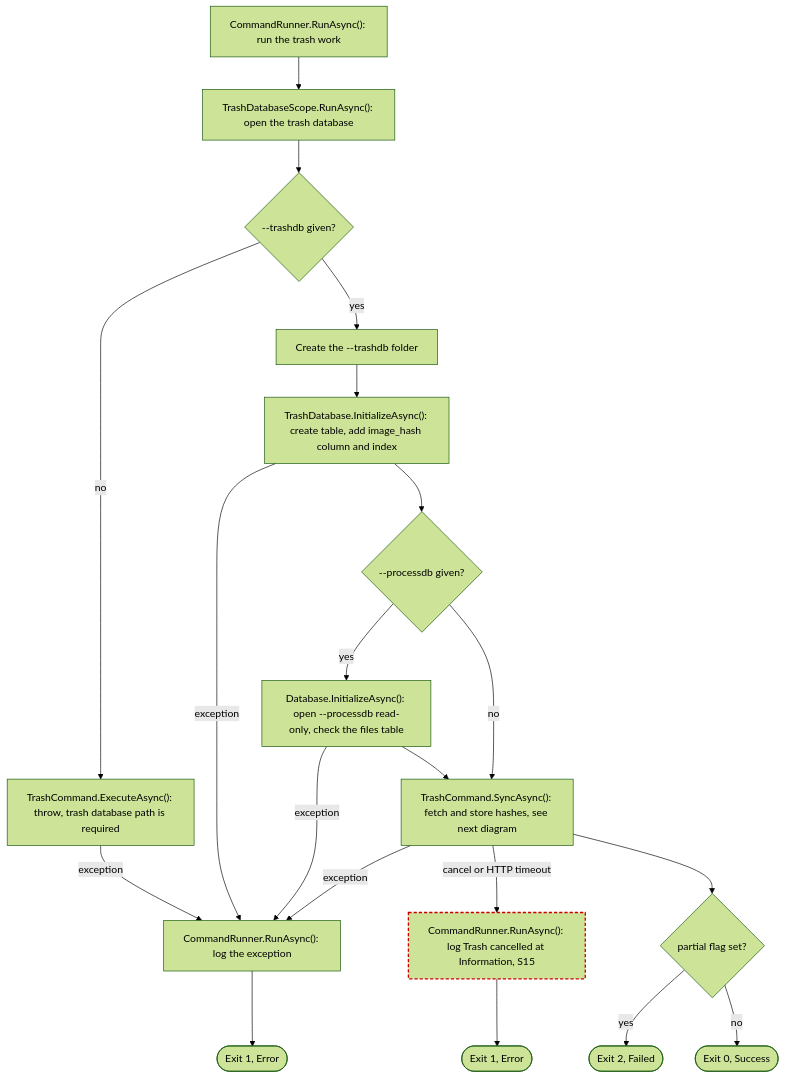
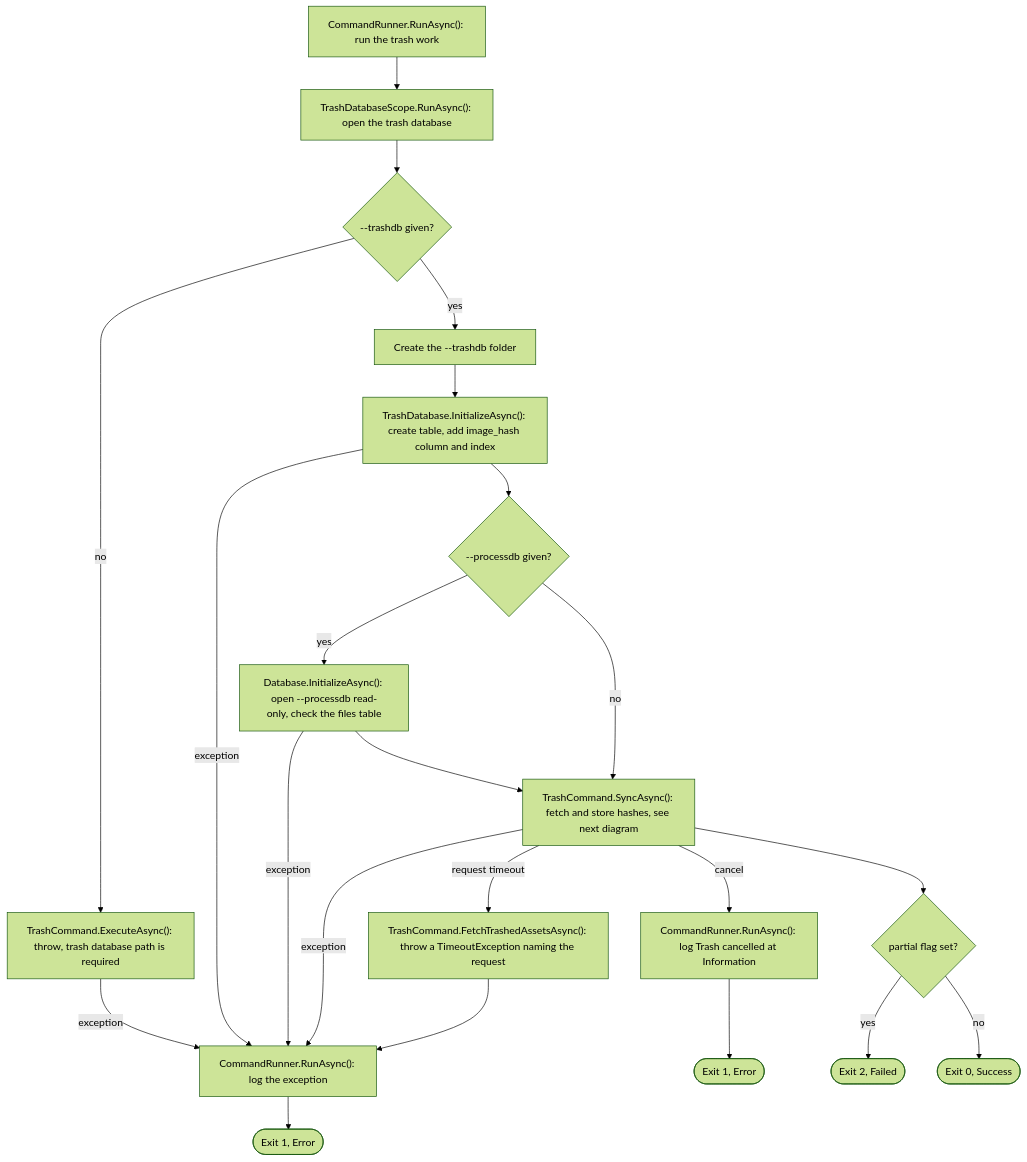
One commit to ptr727/PhotoCleaner changed diagram 16 of 23 in ARCHITECTURE.md. Above: the diagram before and after it, drawn with Mermaid (forest theme). The commit also changed other lines of this file and 2 other files, not shown here.

Commit message:
Log a Trash Request Timeout as an Error Naming the Request (#344)
* Log a Trash Request Timeout as an Error Naming the Request

* Route the Trash Timeout Node Through the Logging Node

* Name the Timeout on the Trash Fetch Failure Edge

---------

````diff
--- a/ARCHITECTURE.md
+++ b/ARCHITECTURE.md
@@ -884,23 +884,25 @@
 ```mermaid
 flowchart TD
   T1["CommandRunner.RunAsync(): run the trash work"] --> T2["TrashDatabaseScope.RunAsync(): open the trash database"]
   T2 --> T3{"--trashdb given?"}
   T3 -->|"no"| T4["TrashCommand.ExecuteAsync(): throw, trash database path is required"]
   T4 -->|"exception"| TE
   T3 -->|"yes"| T3a["Create the --trashdb folder"]
   T3a --> T5["TrashDatabase.InitializeAsync(): create table, add image_hash column and index"]
   T5 -->|"exception"| TE
   T5 --> T6{"--processdb given?"}
   T6 -->|"yes"| T7["Database.InitializeAsync(): open --processdb read-only, check the files table"]
   T7 -->|"exception"| TE
   T7 --> T8["TrashCommand.SyncAsync(): fetch and store hashes, see next diagram"]
   T6 -->|"no"| T8
   T8 -->|"exception"| TE
-  T8 -->|"cancel or HTTP timeout"| T9["CommandRunner.RunAsync(): log Trash cancelled at Information, S15"]:::suspect
+  T8 -->|"cancel"| T9["CommandRunner.RunAsync(): log Trash cancelled at Information"]
+  T8 -->|"request timeout"| TT["TrashCommand.FetchTrashedAssetsAsync(): throw a TimeoutException naming the request"]
+  TT --> TE
   T9 --> T10(["Exit 1, Error"])
   T8 --> T11{"partial flag set?"}
   T11 -->|"yes"| T12(["Exit 2, Failed"])
   T11 -->|"no"| T13(["Exit 0, Success"])
   TE["CommandRunner.RunAsync(): log the exception"] --> T14(["Exit 1, Error"])
   classDef suspect stroke:#c00,stroke-width:2px,stroke-dasharray:5 3
 ```
````
